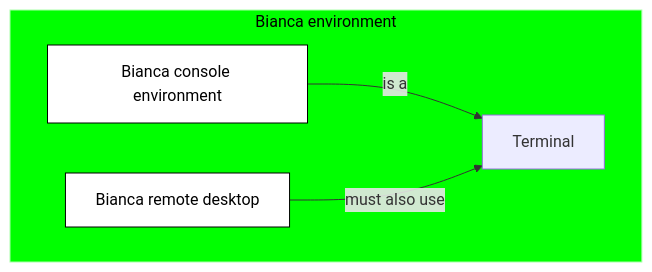
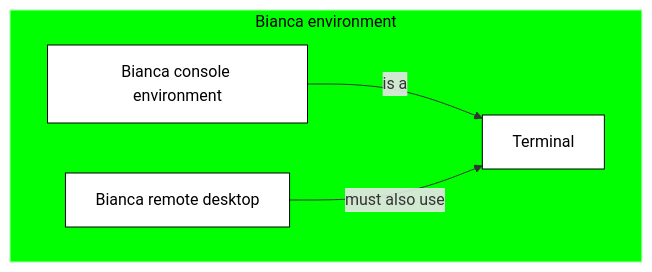
The first of 4 diagrams in docs/login_bianca.md (UPPMAX/bianca_workshop), drawn with Mermaid before and after one commit. The commit also changed other lines of this file, not shown here.

Commit message:
'Terminal' has an opaque node

````diff
--- a/docs/login_bianca.md
+++ b/docs/login_bianca.md
@@ -67,15 +67,16 @@
 ```mermaid
 flowchart TD
 
     subgraph sub_bianca_env[Bianca environment]
       bianca_console[Bianca console environment]
       bianca_remote_desktop[Bianca remote desktop] 
       bianca_terminal[Terminal] 
       style bianca_console fill:#fff,color:#000,stroke:#000
       style bianca_remote_desktop fill:#fff,color:#000,stroke:#000
+      style bianca_terminal fill:#fff,color:#000,stroke:#000
     end
     style sub_bianca_env fill:#0f0,color:#000,stroke:#afa
 
     bianca_console-->|is a|bianca_terminal
     bianca_remote_desktop-->|must also use|bianca_terminal
 ```
````
